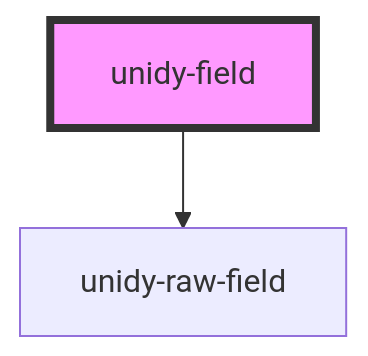
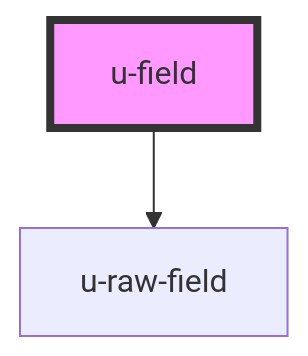
The diagram in packages/auth/src/components/profile/field/readme.md (UnidyID/unidy-sdk), drawn with Mermaid before and after one commit. The commit also changed other lines of this file and 18 other files, not shown here.

````diff
--- a/packages/auth/src/components/profile/field/readme.md
+++ b/packages/auth/src/components/profile/field/readme.md
@@ -52,5 +52,5 @@
 ```mermaid
 graph TD;
-  unidy-field --> unidy-raw-field
-  style unidy-field fill:#f9f,stroke:#333,stroke-width:4px
+  u-field --> u-raw-field
+  style u-field fill:#f9f,stroke:#333,stroke-width:4px
 ```
````
